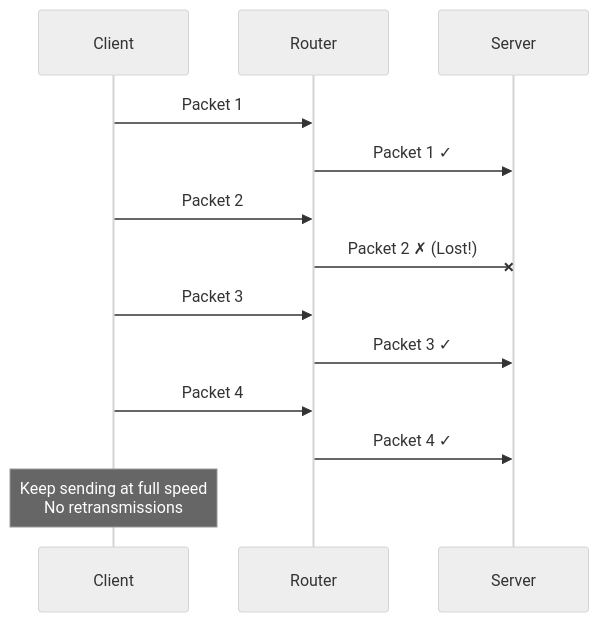
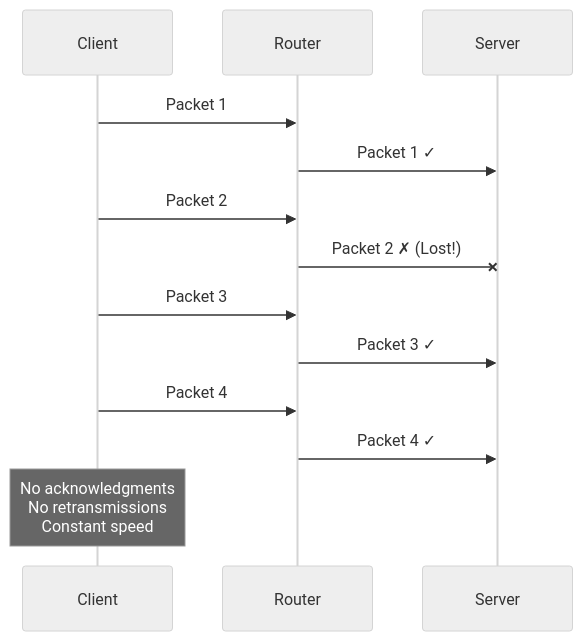
One commit to work8tech/networking-through-VMs changed the ninth of 11 diagrams in README.md. Above: the diagram before and after it, drawn with Mermaid (neutral theme). The commit also changed other lines of this file, not shown here.

````diff
--- a/README.md
+++ b/README.md
@@ -237,16 +283,16 @@
 ```mermaid
 sequenceDiagram
     participant A as Client
     participant B as Router
     participant C as Server
     
     A->>B: Packet 1
     B->>C: Packet 1 ✓
     A->>B: Packet 2
     B-xC: Packet 2 ✗ (Lost!)
     A->>B: Packet 3
     B->>C: Packet 3 ✓
     A->>B: Packet 4
     B->>C: Packet 4 ✓
-    Note over A: Keep sending at full speed<br/>No retransmissions
+    Note over A: No acknowledgments<br/>No retransmissions<br/>Constant speed
 ```
````
